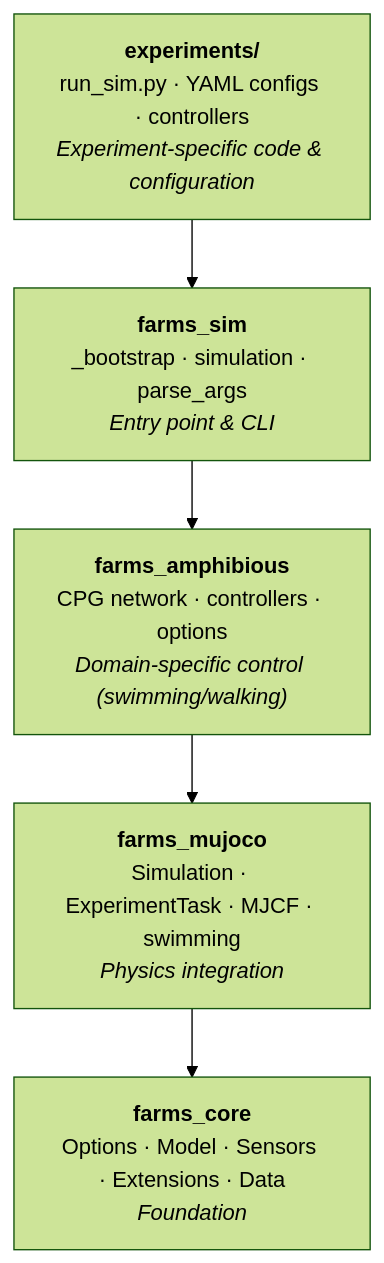
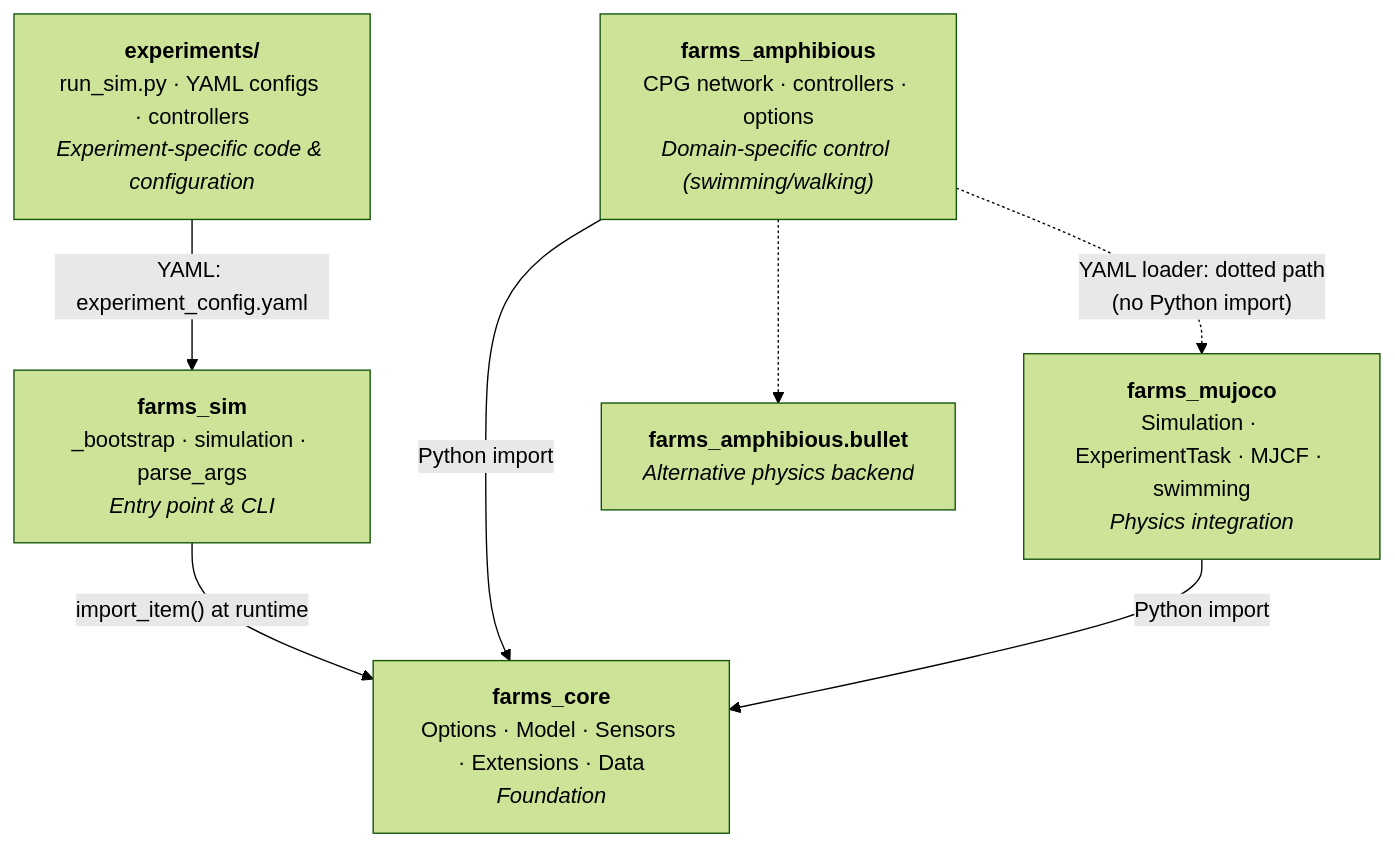
Before and after one commit to podalanga/farmsim_docs: the first of 2 diagrams in reference/docs/explanation/architecture.md, drawn with Mermaid (forest theme). The commit also changed other lines of this file and 15 other files, not shown here.

````diff
--- a/reference/docs/explanation/architecture.md
+++ b/reference/docs/explanation/architecture.md
@@ -8,10 +8,16 @@
 ```mermaid
 flowchart TB
     EXP["<b>experiments/</b><br/>run_sim.py · YAML configs · controllers<br/><i>Experiment-specific code &amp; configuration</i>"]
     SIM["<b>farms_sim</b><br/>_bootstrap · simulation · parse_args<br/><i>Entry point &amp; CLI</i>"]
     AMPH["<b>farms_amphibious</b><br/>CPG network · controllers · options<br/><i>Domain-specific control (swimming/walking)</i>"]
     MUJ["<b>farms_mujoco</b><br/>Simulation · ExperimentTask · MJCF · swimming<br/><i>Physics integration</i>"]
+    BULLET["<b>farms_amphibious.bullet</b><br/><i>Alternative physics backend</i>"]
     CORE["<b>farms_core</b><br/>Options · Model · Sensors · Extensions · Data<br/><i>Foundation</i>"]
 
-    EXP --> SIM --> AMPH --> MUJ --> CORE
+    EXP -->|"YAML: experiment_config.yaml"| SIM
+    SIM -->|"import_item() at runtime"| CORE
+    AMPH -->|Python import| CORE
+    MUJ -->|Python import| CORE
+    AMPH -.->|"YAML loader: dotted path<br/>(no Python import)"| MUJ
+    AMPH -.-> BULLET
 ```
````
